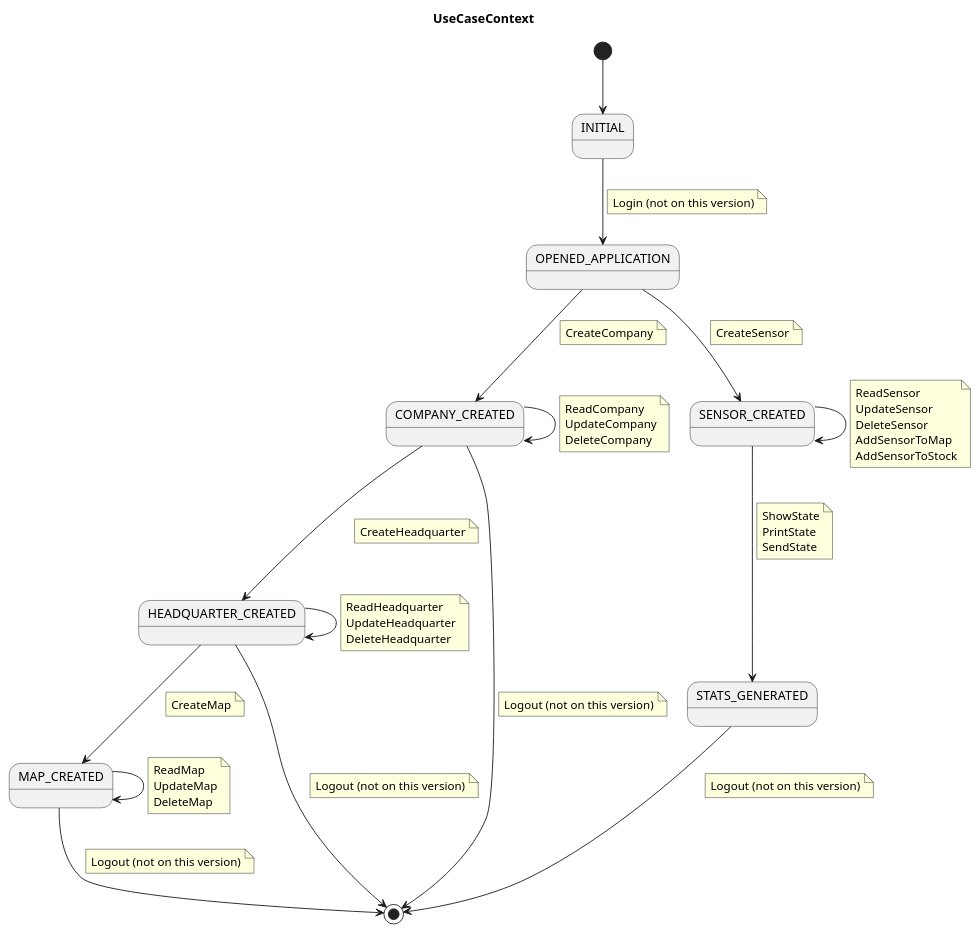
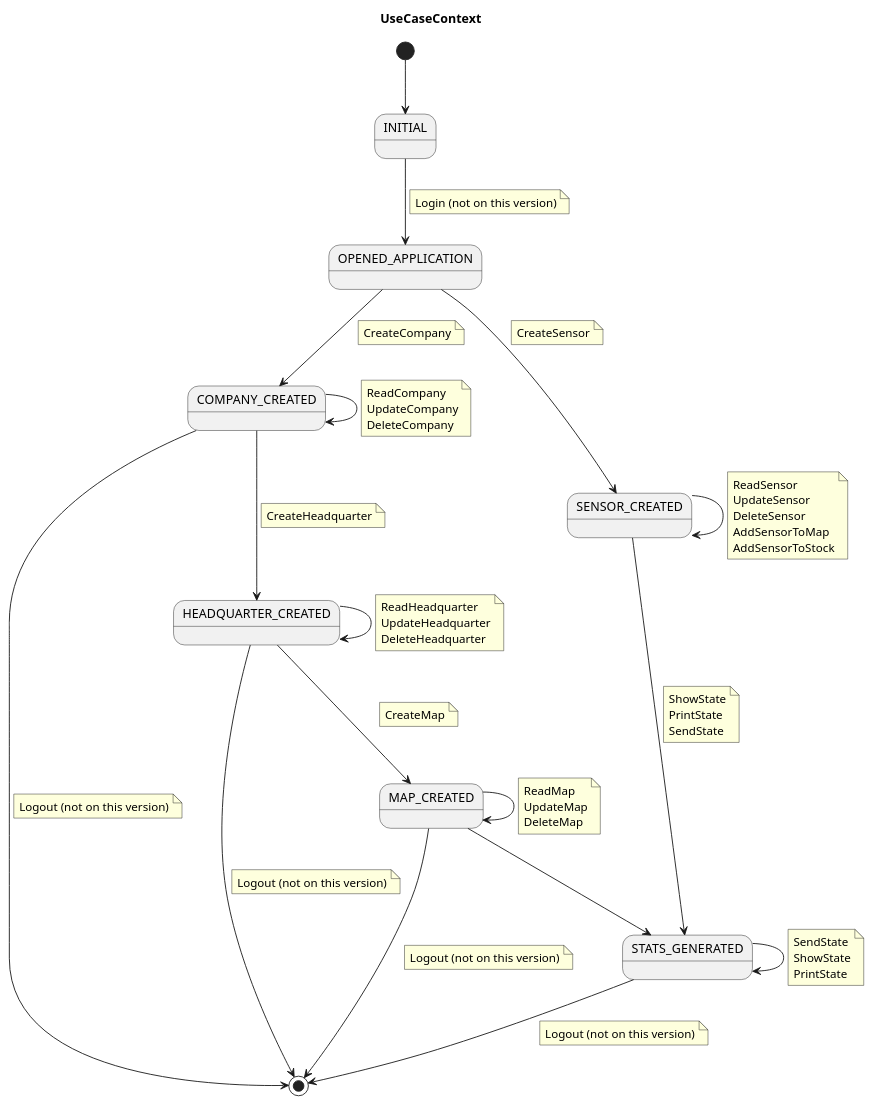
The diagram in docs/src/useCase/context/useCaseContext.puml (jumpering/pestmonitors), drawn with PlantUML before and after one commit. The commit also changed 2 other files, not shown here.

```diff
--- a/docs/src/useCase/context/useCaseContext.puml
+++ b/docs/src/useCase/context/useCaseContext.puml
@@ -1,94 +1,103 @@
 @startuml
 title UseCaseContext
 
 state INITIAL
 state OPENED_APPLICATION
 state COMPANY_CREATED
 state HEADQUARTER_CREATED
 state MAP_CREATED
 state SENSOR_CREATED
 state STATS_GENERATED
 
 [*] --> INITIAL
 
 INITIAL --> OPENED_APPLICATION
 note on link
     Login (not on this version)
 end note
 
 OPENED_APPLICATION --> COMPANY_CREATED
     note on link
         CreateCompany
     end note
 COMPANY_CREATED --> COMPANY_CREATED
 note on link
     ReadCompany
     UpdateCompany
     DeleteCompany
 end note
 
 COMPANY_CREATED --> HEADQUARTER_CREATED
     note on link
         CreateHeadquarter
     end note
 
 HEADQUARTER_CREATED --> HEADQUARTER_CREATED
     note on link
         ReadHeadquarter
         UpdateHeadquarter
         DeleteHeadquarter
     end note
 
 HEADQUARTER_CREATED --> MAP_CREATED
     note on link
         CreateMap
     end note
 
 MAP_CREATED --> MAP_CREATED
     note on link
         ReadMap
         UpdateMap
         DeleteMap
     end note
 
+MAP_CREATED --> STATS_GENERATED
+
 OPENED_APPLICATION --> SENSOR_CREATED
     note on link
         CreateSensor
     end note
 
 SENSOR_CREATED --> SENSOR_CREATED
     note on link
         ReadSensor
         UpdateSensor
         DeleteSensor
         AddSensorToMap
         AddSensorToStock
     end note
 
 COMPANY_CREATED --> [*]
       note on link
           Logout (not on this version)
       end note
 
 HEADQUARTER_CREATED --> [*]
       note on link
           Logout (not on this version)
       end note
 
 MAP_CREATED --> [*]
       note on link
           Logout (not on this version)
       end note
 
 SENSOR_CREATED --> STATS_GENERATED
        note on link
            ShowState
            PrintState
            SendState
        end note
 
+STATS_GENERATED --> STATS_GENERATED
+    note on link
+        SendState
+        ShowState
+        PrintState
+    end note
+
 STATS_GENERATED --> [*]
       note on link
           Logout (not on this version)
       end note
 @enduml
```
